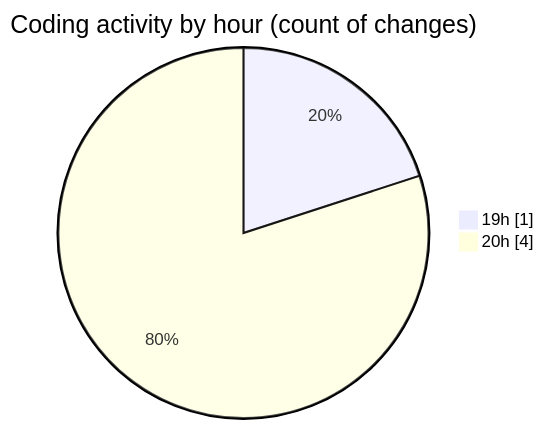
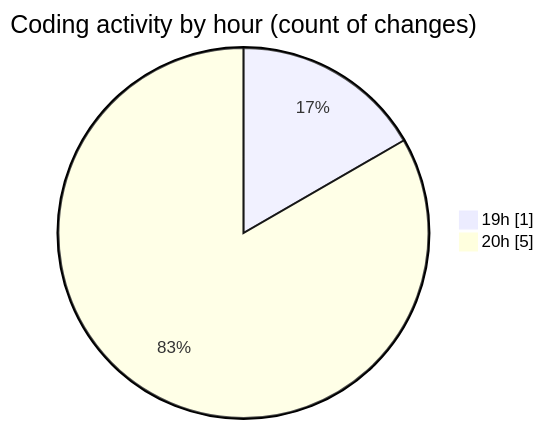
The second of 2 diagrams in 2026-03-01/cilreports__workspace_/README.md (ricardozamudiocil/code-tracking), drawn with Mermaid before and after one commit. The commit also changed other lines of this file and 1 other file, not shown here.

````diff
--- a/2026-03-01/cilreports__workspace_/README.md
+++ b/2026-03-01/cilreports__workspace_/README.md
@@ -30,6 +30,6 @@
 ```mermaid
 pie showData
 title Coding activity by hour (count of changes)
 "19h" : 1
-"20h" : 4
+"20h" : 5
 ```
````
